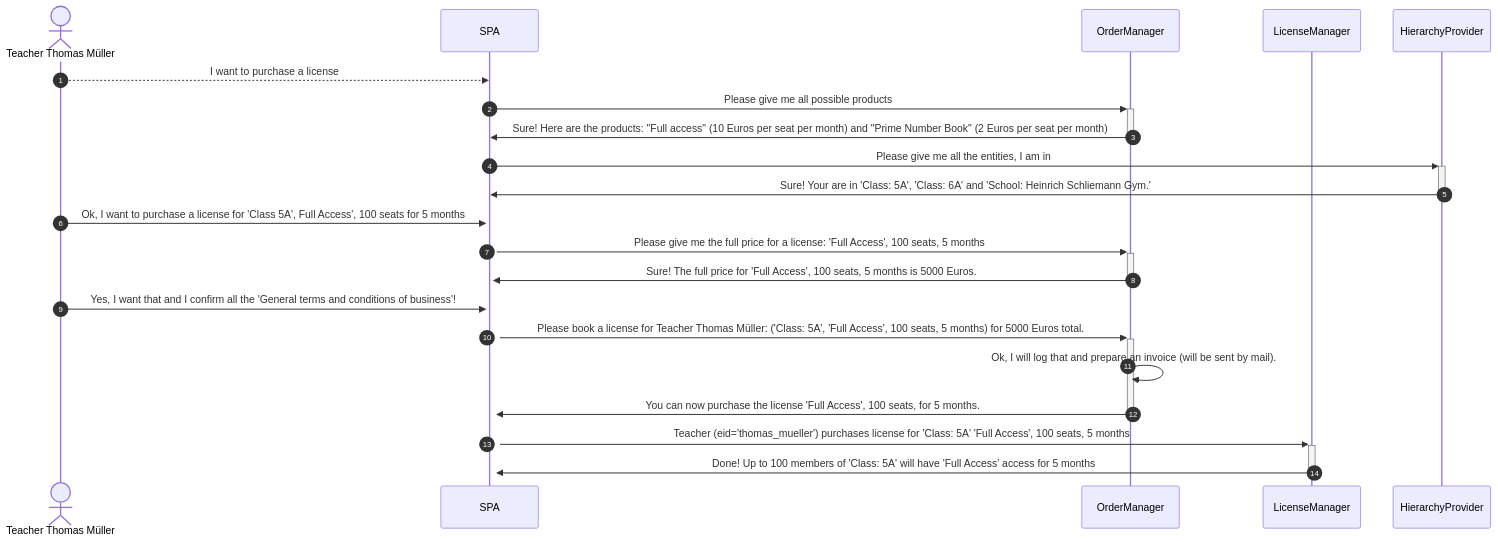
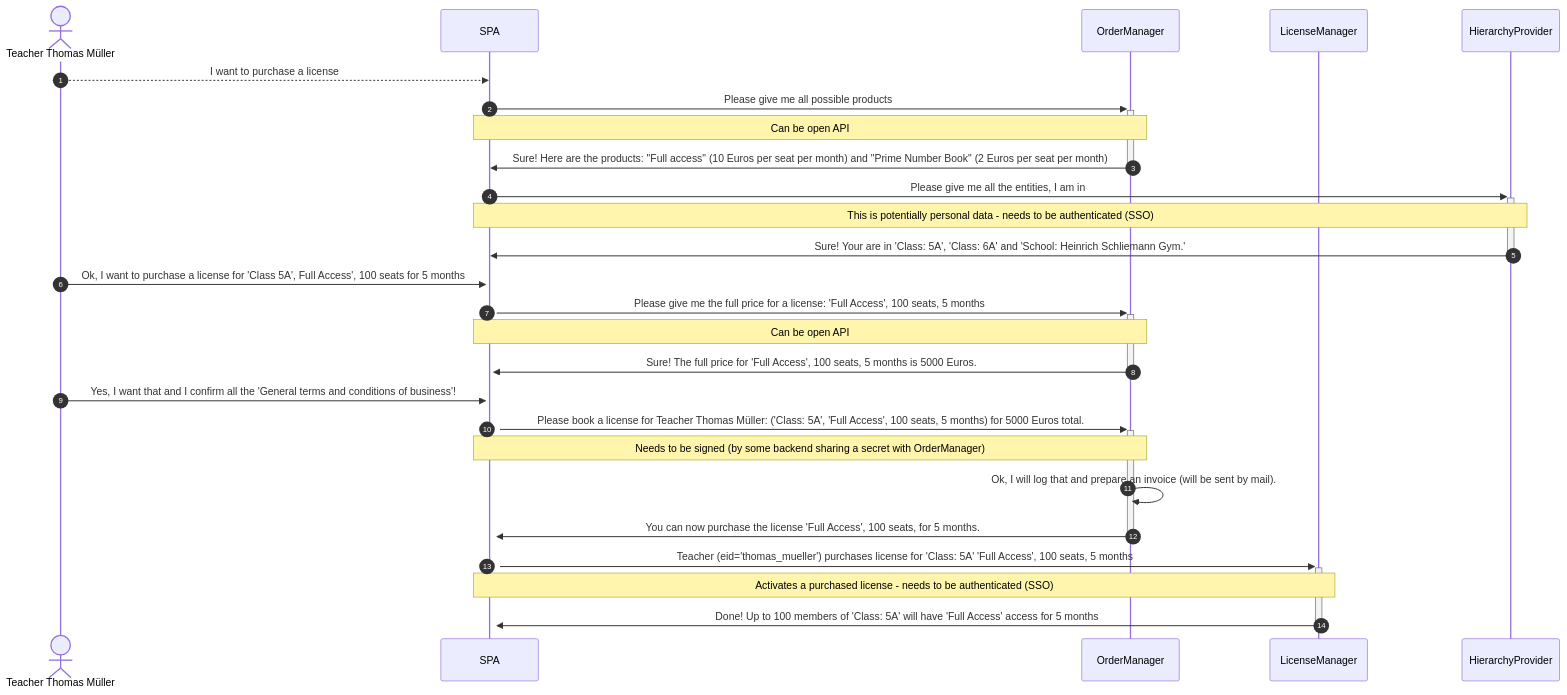
Before and after one commit to bettermarks/license-manager-POC: the first of 2 diagrams in docs/purchase_redeem_process.md, drawn with Mermaid.

````diff
--- a/docs/purchase_redeem_process.md
+++ b/docs/purchase_redeem_process.md
@@ -6,29 +6,34 @@
 ```mermaid
 sequenceDiagram
     autonumber
     actor Teacher Thomas Müller
     participant SPA
     participant OrderManager
     participant LicenseManager
     participant HierarchyProvider
 
     Teacher Thomas Müller-->>SPA: I want to purchase a license
     
     SPA->>+OrderManager: Please give me all possible products
+    Note over SPA,OrderManager: Can be open API
     OrderManager->>-SPA: Sure! Here are the products: "Full access" (10 Euros per seat per month) and "Prime Number Book" (2 Euros per seat per month)
 
-    SPA->>+HierarchyProvider: Please give me all the entities, I am in 
+    SPA->>+HierarchyProvider: Please give me all the entities, I am in
+    Note over SPA,HierarchyProvider: This is potentially personal data - needs to be authenticated (SSO)
     HierarchyProvider->>-SPA: Sure! Your are in  'Class: 5A', 'Class: 6A' and 'School: Heinrich Schliemann Gym.'   
 
     Teacher Thomas Müller->>+SPA: Ok, I want to purchase a license for 'Class 5A', Full Access', 100 seats for 5 months
     SPA->>+OrderManager: Please give me the full price for a license: 'Full Access', 100 seats, 5 months
+    Note over SPA,OrderManager: Can be open API
     OrderManager->>-SPA: Sure! The full price for 'Full Access', 100 seats, 5 months is 5000 Euros.
     
     Teacher Thomas Müller->>+SPA: Yes, I want that and I confirm all the 'General terms and conditions of business'!
     SPA->>+OrderManager: Please book a license for Teacher Thomas Müller: ('Class: 5A', 'Full Access', 100 seats, 5 months) for 5000 Euros total.
+    Note over SPA,OrderManager: Needs to be signed (by some backend sharing a secret with OrderManager)
     OrderManager->>OrderManager: Ok, I will log that and prepare an invoice (will be sent by mail).
     OrderManager->>-SPA: You can now purchase the license 'Full Access', 100 seats, for 5 months.
     
     SPA->>+LicenseManager: Teacher (eid='thomas_mueller') purchases license for 'Class: 5A' 'Full Access', 100 seats, 5 months
+    Note over SPA,LicenseManager: Activates a purchased license - needs to be authenticated (SSO)
     LicenseManager->>-SPA: Done! Up to 100 members of 'Class: 5A' will have 'Full Access' access for 5 months 
 ```
````
